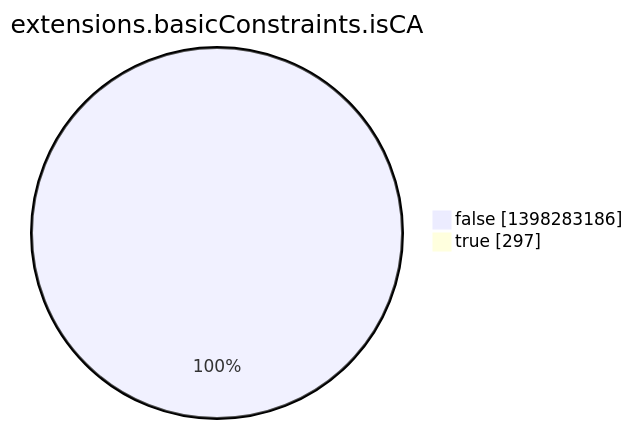
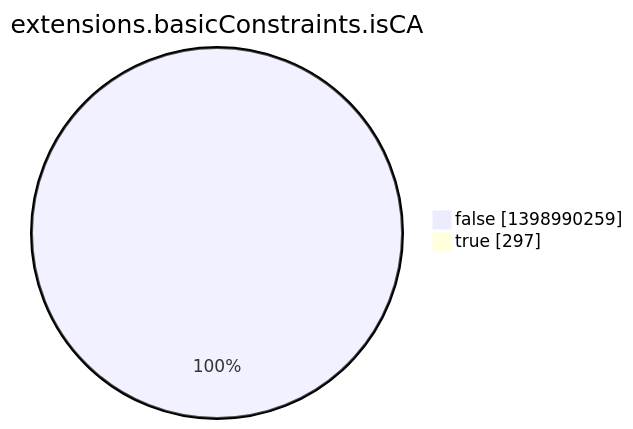
One commit to christiankrug/ctmonitor_visualization changed the eighth of 15 diagrams in argon2022/README.md. Above: the diagram before and after it, drawn with Mermaid. The commit also changed other lines of this file, not shown here.

````diff
--- a/argon2022/README.md
+++ b/argon2022/README.md
@@ -2759,6 +2759,6 @@
 ```mermaid
 pie showData
 title extensions.basicConstraints.isCA
-"false" :1398283186
+"false" :1398990259
 "true" :297
 ```
````
